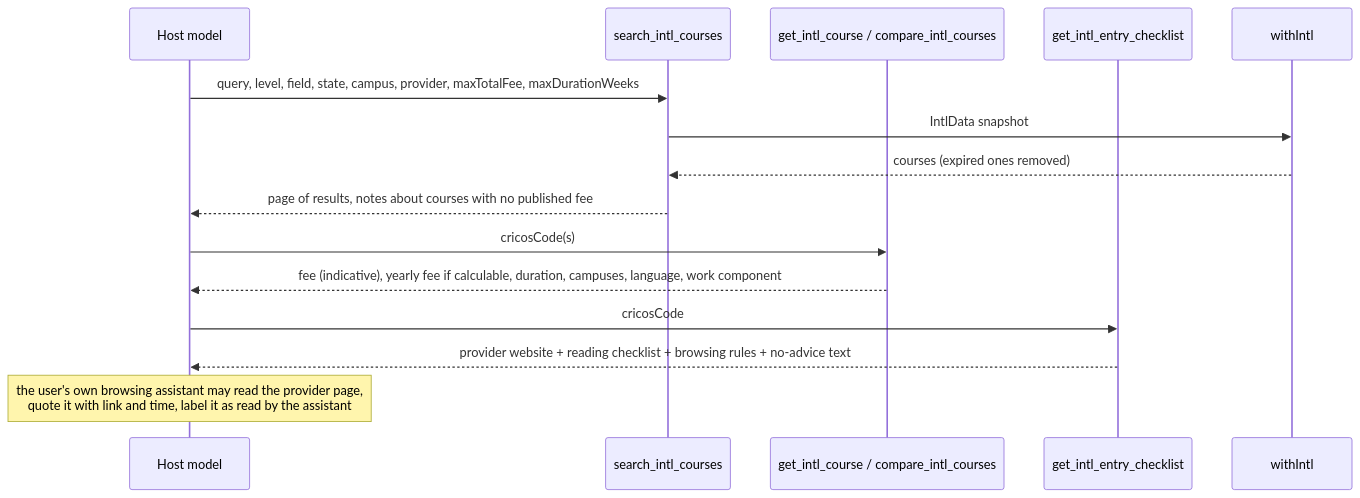
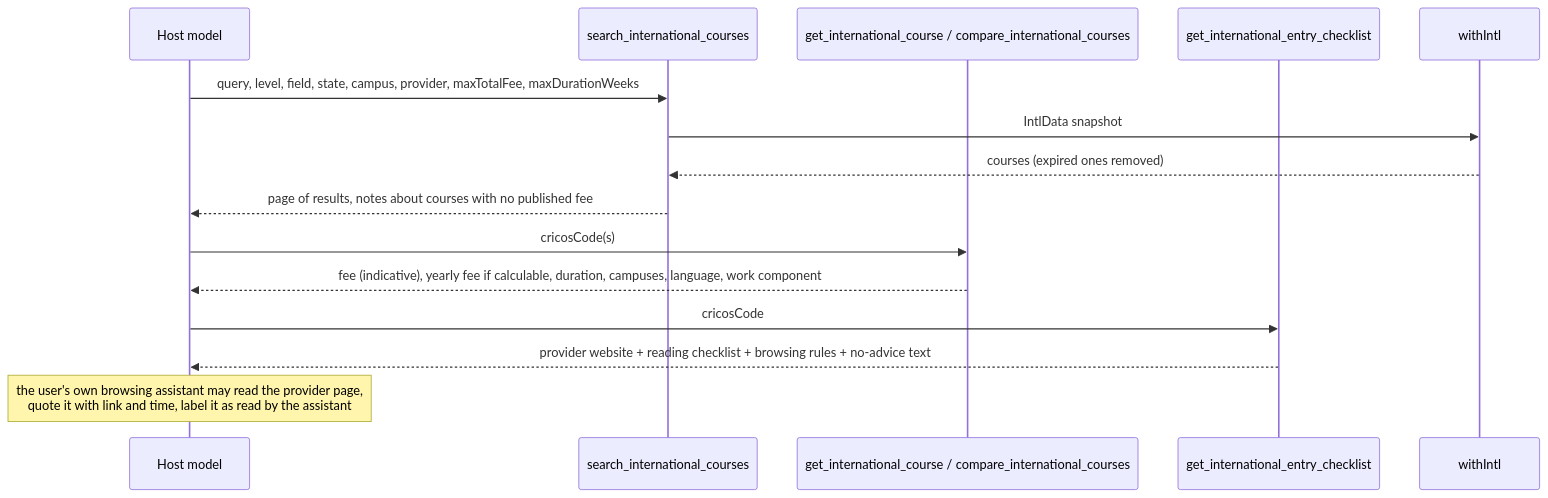
Before and after one commit to feimacode/askrighto: the third of 3 diagrams in docs/areas/international-courses.md, drawn with Mermaid. The commit also changed other lines of this file and 32 other files, not shown here.

First line of the commit message:
Rename the course verticals: courses-domestic and cricos, with clearer tool names

````diff
--- a/docs/areas/international-courses.md
+++ b/docs/areas/international-courses.md
@@ -136,17 +136,17 @@
 ```mermaid
 sequenceDiagram
   participant H as Host model
-  participant S as search_intl_courses
-  participant G as get_intl_course / compare_intl_courses
-  participant K as get_intl_entry_checklist
+  participant S as search_international_courses
+  participant G as get_international_course / compare_international_courses
+  participant K as get_international_entry_checklist
   participant W as withIntl
   H->>S: query, level, field, state, campus, provider, maxTotalFee, maxDurationWeeks
   S->>W: IntlData snapshot
   W-->>S: courses (expired ones removed)
   S-->>H: page of results, notes about courses with no published fee
   H->>G: cricosCode(s)
   G-->>H: fee (indicative), yearly fee if calculable, duration, campuses, language, work component
   H->>K: cricosCode
   K-->>H: provider website + reading checklist + browsing rules + no-advice text
   Note over H: the user's own browsing assistant may read the provider page,<br/>quote it with link and time, label it as read by the assistant
 ```
````
